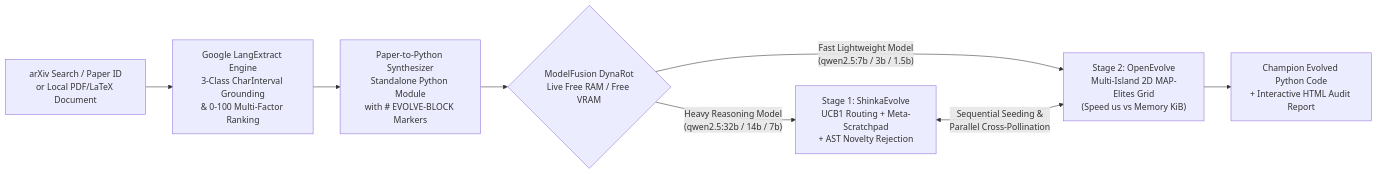
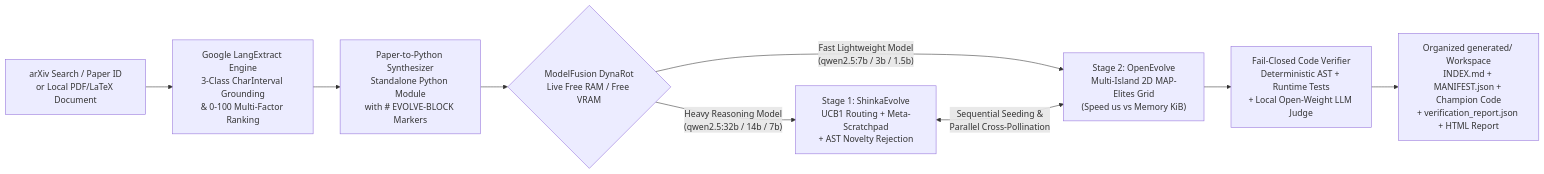
Before and after one commit to oyesanyf/arxiv-to-code: the diagram in README.md, drawn with Mermaid. The commit also changed other lines of this file and 22 other files, not shown here.

Commit message:
feat(verifier,ux,langextract,evolve): add fail-closed LLM code verifier (--verify-llm, MCP Tool 9), fix Windows DynaRot hang, organize generated/ workspace, and add --evolve-count + tqdm/spinner

````diff
--- a/README.md
+++ b/README.md
@@ -29,10 +30,11 @@
 ```mermaid
 flowchart LR
     A["arXiv Search / Paper ID\nor Local PDF/LaTeX Document"] --> B["Google LangExtract Engine\n3-Class CharInterval Grounding\n& 0-100 Multi-Factor Ranking"]
     B --> C["Paper-to-Python Synthesizer\nStandalone Python Module\nwith # EVOLVE-BLOCK Markers"]
     C --> D{"ModelFusion DynaRot\nLive Free RAM / Free VRAM"}
     D -->|"Heavy Reasoning Model\n(qwen2.5:32b / 14b / 7b)"| E["Stage 1: ShinkaEvolve\nUCB1 Routing + Meta-Scratchpad\n+ AST Novelty Rejection"]
     D -->|"Fast Lightweight Model\n(qwen2.5:7b / 3b / 1.5b)"| F["Stage 2: OpenEvolve\nMulti-Island 2D MAP-Elites Grid\n(Speed us vs Memory KiB)"]
     E <-->|"Sequential Seeding &\nParallel Cross-Pollination"| F
-    F --> G["Champion Evolved Python Code\n+ Interactive HTML Audit Report"]
+    F --> V["Fail-Closed Code Verifier\nDeterministic AST + Runtime Tests\n+ Local Open-Weight LLM Judge"]
+    V --> G["Organized generated/ Workspace\nINDEX.md + MANIFEST.json + Champion Code\n+ verification_report.json + HTML Report"]
 ```
````
